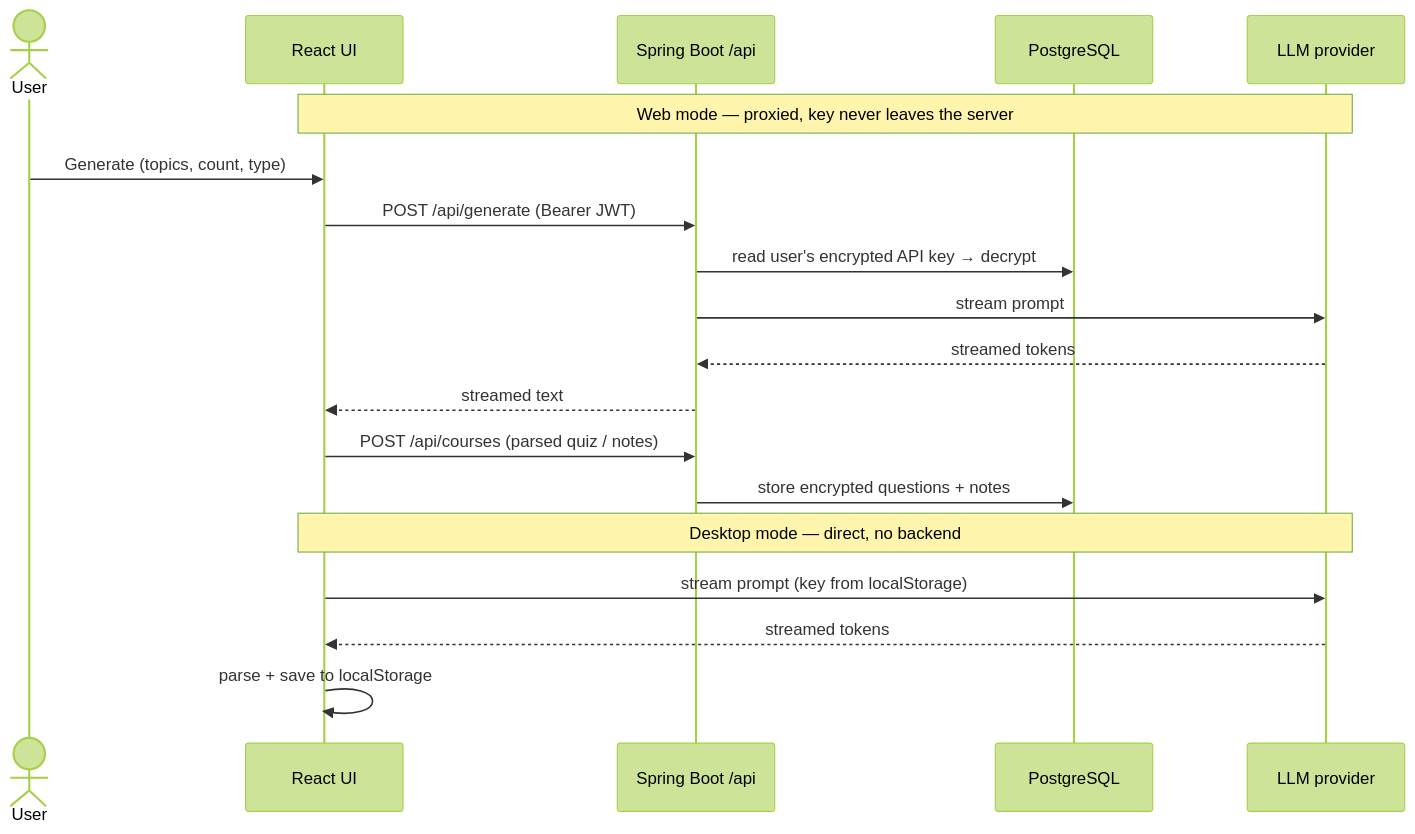
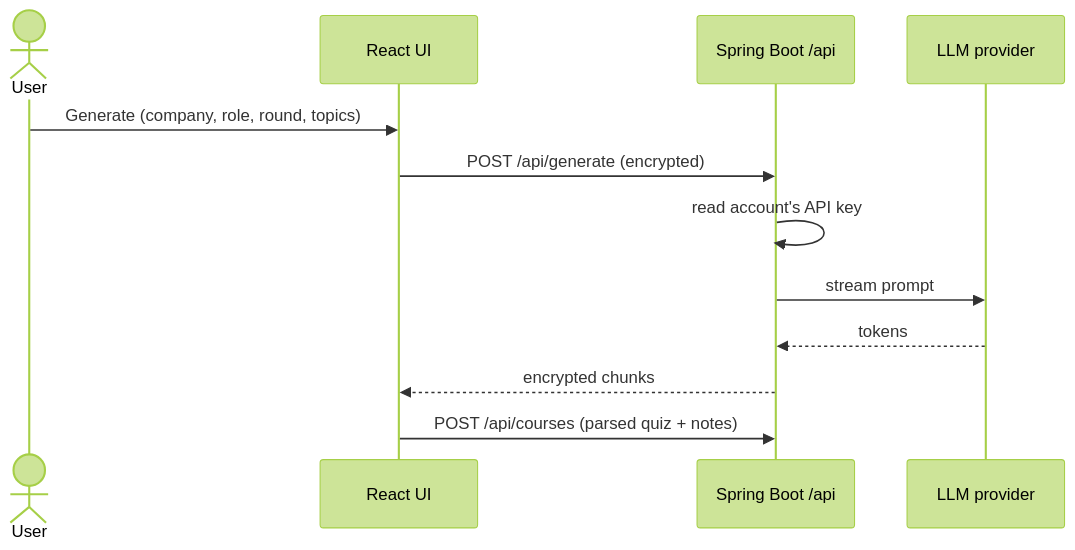
The fourth of 5 diagrams in docs/ARCHITECTURE.md (rishabh750/quiz), drawn with Mermaid (forest theme) before and after one commit. The commit also changed other lines of this file and 95 other files, not shown here.

````diff
--- a/docs/ARCHITECTURE.md
+++ b/docs/ARCHITECTURE.md
@@ -158,23 +86,14 @@
 ```mermaid
 sequenceDiagram
   actor U as User
   participant UI as React UI
   participant API as Spring Boot /api
-  participant DB as PostgreSQL
   participant P as LLM provider
-
-  Note over UI,P: Web mode — proxied, key never leaves the server
-  U->>UI: Generate (topics, count, type)
-  UI->>API: POST /api/generate (Bearer JWT)
-  API->>DB: read user's encrypted API key → decrypt
+  U->>UI: Generate (company, role, round, topics)
+  UI->>API: POST /api/generate (encrypted)
+  API->>API: read account's API key
   API->>P: stream prompt
-  P-->>API: streamed tokens
-  API-->>UI: streamed text
-  UI->>API: POST /api/courses (parsed quiz / notes)
-  API->>DB: store encrypted questions + notes
-
-  Note over UI,P: Desktop mode — direct, no backend
-  UI->>P: stream prompt (key from localStorage)
-  P-->>UI: streamed tokens
-  UI->>UI: parse + save to localStorage
+  P-->>API: tokens
+  API-->>UI: encrypted chunks
+  UI->>API: POST /api/courses (parsed quiz + notes)
 ```
````
